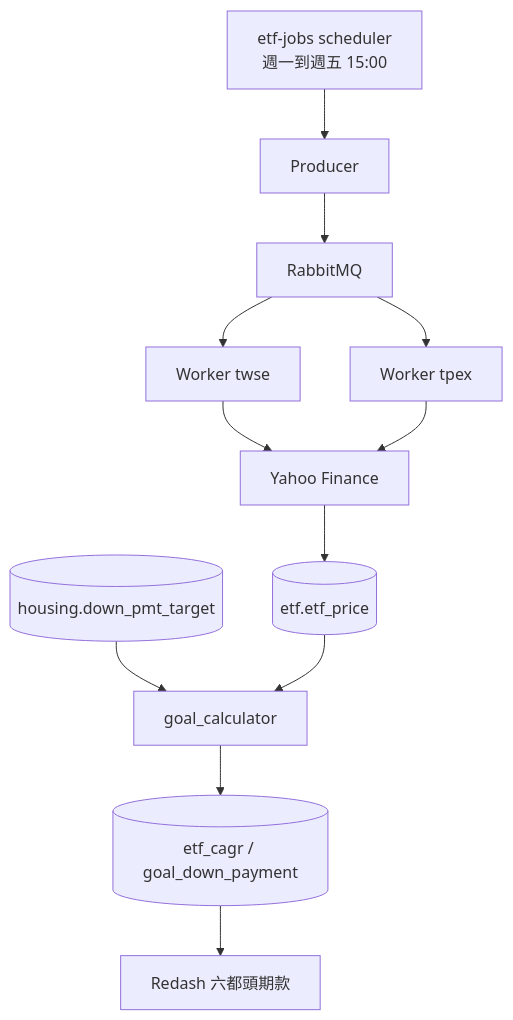
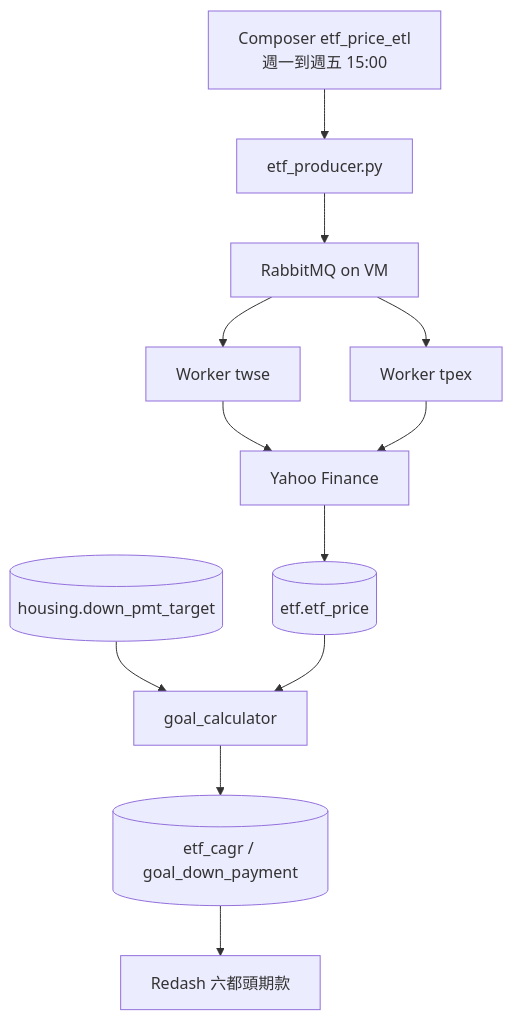
One commit to tibameDataEngineer1150701/etf-goal-calculator changed the diagram in README.md. Above: the diagram before and after it, drawn with Mermaid. The commit also changed other lines of this file and 2 other files, not shown here.

Commit message:
更新 README 到 11/9 的抓價結果，讓組員看到 Composer 排程已經寫入股價。

````diff
--- a/README.md
+++ b/README.md
@@ -105,14 +111,14 @@
 ```mermaid
 flowchart TD
-  sched["etf-jobs scheduler<br/>週一到週五 15:00"] --> prod[Producer]
-  prod --> mq[RabbitMQ]
+  dag["Composer etf_price_etl<br/>週一到週五 15:00"] --> prod[etf_producer.py]
+  prod --> mq[RabbitMQ on VM]
   mq --> twse[Worker twse]
   mq --> tpex[Worker tpex]
   twse --> yahoo[Yahoo Finance]
   tpex --> yahoo
   yahoo --> price[(etf.etf_price)]
   housing[(housing.down_pmt_target)] --> goal[goal_calculator]
   price --> goal
   goal --> out[(etf_cagr / goal_down_payment)]
   out --> redash["Redash 六都頭期款"]
 ```
````
